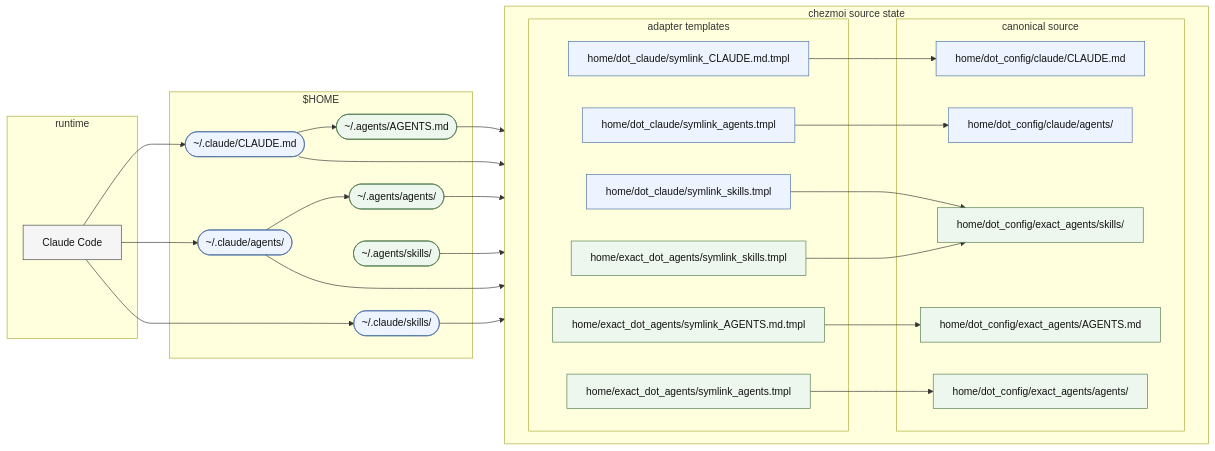
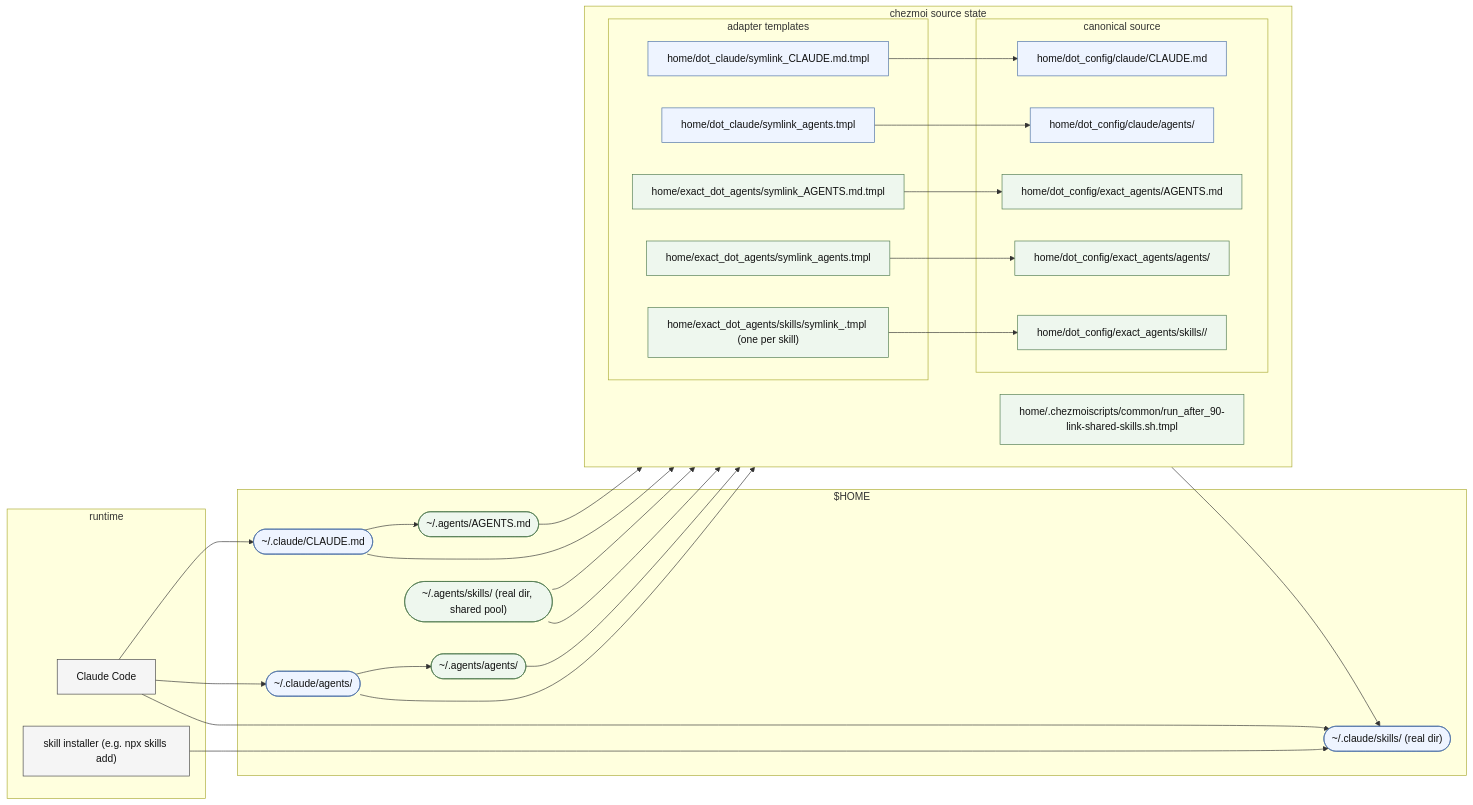
One commit to shunk031/dotfiles changed the diagram in home/dot_config/exact_agents/README.md. Above: the diagram before and after it, drawn with Mermaid. The commit also changed other lines of this file and 19 other files, not shown here.

First line of the commit message:
refactor(skills): move to pool + per-tool subscription layout

````diff
--- a/home/dot_config/exact_agents/README.md
+++ b/home/dot_config/exact_agents/README.md
@@ -17,61 +19,65 @@
 ```mermaid
 flowchart LR
   subgraph RUNTIME["runtime"]
     U_CLAUDE["Claude Code"]
+    U_INSTALLER["skill installer (e.g. npx skills add)"]
   end
 
   subgraph HOME["$HOME"]
     H_CLAUDE(["~/.claude/CLAUDE.md"])
     H_CLAUDE_AGENTS(["~/.claude/agents/"])
-    H_CLAUDE_SKILLS(["~/.claude/skills/"])
+    H_CLAUDE_SKILLS(["~/.claude/skills/ (real dir)"])
 
     H_SHARED(["~/.agents/AGENTS.md"])
     H_SHARED_AGENTS(["~/.agents/agents/"])
-    H_SHARED_SKILLS(["~/.agents/skills/"])
+    H_SHARED_SKILLS(["~/.agents/skills/ (real dir, shared pool)"])
   end
 
   subgraph CHEZMOI["chezmoi source state"]
     direction LR
 
     subgraph ADAPTER["adapter templates"]
       A_CLAUDE["home/dot_claude/symlink_CLAUDE.md.tmpl"]
       A_CLAUDE_AGENTS["home/dot_claude/symlink_agents.tmpl"]
-      A_CLAUDE_SKILLS["home/dot_claude/symlink_skills.tmpl"]
 
       A_SHARED["home/exact_dot_agents/symlink_AGENTS.md.tmpl"]
       A_SHARED_AGENTS["home/exact_dot_agents/symlink_agents.tmpl"]
-      A_SHARED_SKILLS["home/exact_dot_agents/symlink_skills.tmpl"]
+      A_SHARED_SKILL["home/exact_dot_agents/skills/symlink_<name>.tmpl (one per skill)"]
     end
 
     subgraph CANONICAL["canonical source"]
       S_CLAUDE["home/dot_config/claude/CLAUDE.md"]
       S_CLAUDE_AGENTS["home/dot_config/claude/agents/"]
 
       S_SHARED["home/dot_config/exact_agents/AGENTS.md"]
       S_SHARED_AGENTS["home/dot_config/exact_agents/agents/"]
-      S_SHARED_SKILLS["home/dot_config/exact_agents/skills/"]
+      S_SHARED_SKILLS["home/dot_config/exact_agents/skills/<name>/"]
     end
+
+    RUNAFTER["home/.chezmoiscripts/common/run_after_90-link-shared-skills.sh.tmpl"]
   end
 
   U_CLAUDE --> H_CLAUDE
   U_CLAUDE --> H_CLAUDE_AGENTS
   U_CLAUDE --> H_CLAUDE_SKILLS
+  U_INSTALLER --> H_CLAUDE_SKILLS
   H_CLAUDE --> H_SHARED
   H_CLAUDE_AGENTS --> H_SHARED_AGENTS
 
   H_CLAUDE --> A_CLAUDE --> S_CLAUDE
   H_CLAUDE_AGENTS --> A_CLAUDE_AGENTS --> S_CLAUDE_AGENTS
-  H_CLAUDE_SKILLS --> A_CLAUDE_SKILLS --> S_SHARED_SKILLS
 
   H_SHARED --> A_SHARED --> S_SHARED
   H_SHARED_AGENTS --> A_SHARED_AGENTS --> S_SHARED_AGENTS
-  H_SHARED_SKILLS --> A_SHARED_SKILLS --> S_SHARED_SKILLS
+  H_SHARED_SKILLS --> A_SHARED_SKILL --> S_SHARED_SKILLS
+
+  H_SHARED_SKILLS --> RUNAFTER --> H_CLAUDE_SKILLS
 
   classDef runtime fill:#f5f5f5,stroke:#444,color:#111;
   classDef agents fill:#eef7ee,stroke:#4f7a4f,color:#111;
   classDef claude fill:#eef4ff,stroke:#4a6fa5,color:#111;
 
-  class U_CLAUDE runtime;
-  class H_SHARED,H_SHARED_AGENTS,H_SHARED_SKILLS,A_SHARED,A_SHARED_AGENTS,A_SHARED_SKILLS,S_SHARED,S_SHARED_AGENTS,S_SHARED_SKILLS agents;
-  class H_CLAUDE,H_CLAUDE_AGENTS,H_CLAUDE_SKILLS,A_CLAUDE,A_CLAUDE_AGENTS,A_CLAUDE_SKILLS,S_CLAUDE,S_CLAUDE_AGENTS claude;
+  class U_CLAUDE,U_INSTALLER runtime;
+  class H_SHARED,H_SHARED_AGENTS,H_SHARED_SKILLS,A_SHARED,A_SHARED_AGENTS,A_SHARED_SKILL,S_SHARED,S_SHARED_AGENTS,S_SHARED_SKILLS,RUNAFTER agents;
+  class H_CLAUDE,H_CLAUDE_AGENTS,H_CLAUDE_SKILLS,A_CLAUDE,A_CLAUDE_AGENTS,S_CLAUDE,S_CLAUDE_AGENTS claude;
 ```
````
